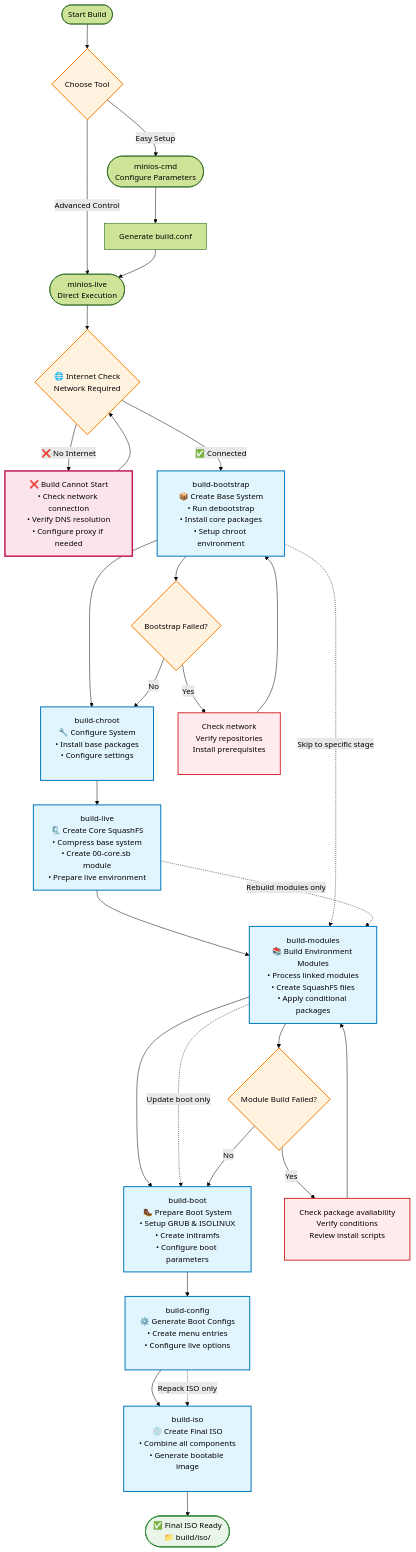
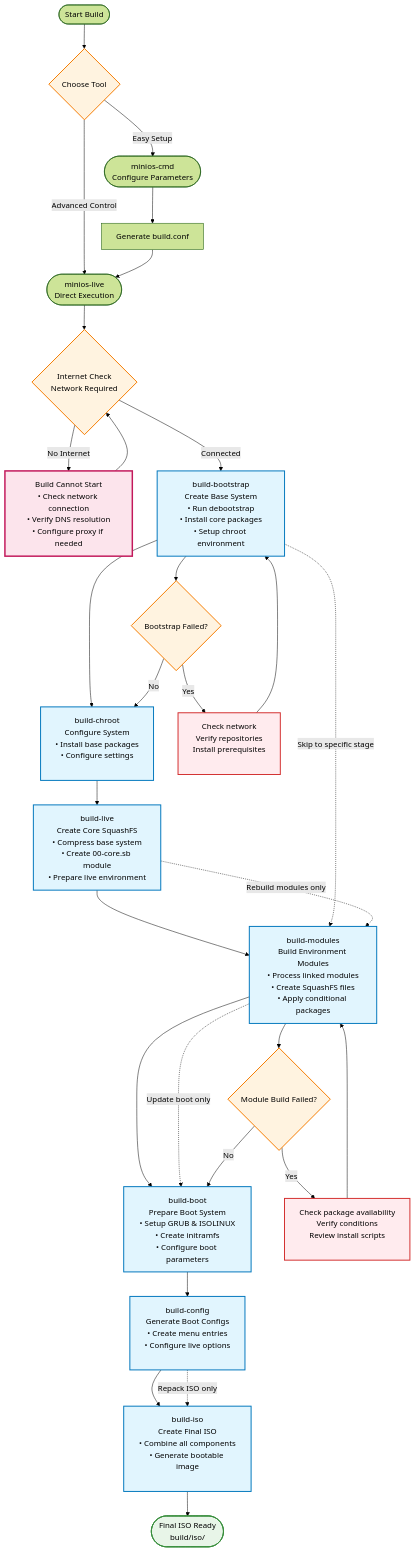
The diagram in development/Building-MiniOS.md (minios-linux/docs), drawn with Mermaid (forest theme) before and after one commit. The commit also changed other lines of this file and 408 other files, not shown here.

````diff
--- a/development/Building-MiniOS.md
+++ b/development/Building-MiniOS.md
@@ -120,62 +110,62 @@
 ```mermaid
 flowchart TD
     Start([Start Build]) --> Choice{Choose Tool}
 
     Choice -->|Easy Setup| A([minios-cmd<br/>Configure Parameters])
     Choice -->|Advanced Control| B([minios-live<br/>Direct Execution])
 
     A --> A1[Generate build.conf]
     A1 --> B
 
-    B --> PreCheck{🌐 Internet Check<br/>Network Required}
-    PreCheck -->|❌ No Internet| NetworkFail[❌ Build Cannot Start<br/>• Check network connection<br/>• Verify DNS resolution<br/>• Configure proxy if needed]
-    PreCheck -->|✅ Connected| C1
+    B --> PreCheck{Internet Check<br/>Network Required}
+    PreCheck -->|No Internet| NetworkFail[Build Cannot Start<br/>• Check network connection<br/>• Verify DNS resolution<br/>• Configure proxy if needed]
+    PreCheck -->|Connected| C1
 
     NetworkFail --> PreCheck
 
-    C1[build-bootstrap<br/>📦 Create Base System<br/>• Run debootstrap<br/>• Install core packages<br/>• Setup chroot environment]
+    C1[build-bootstrap<br/>Create Base System<br/>• Run debootstrap<br/>• Install core packages<br/>• Setup chroot environment]
 
-    C1 --> C2[build-chroot<br/>🔧 Configure System<br/>• Install base packages<br/>• Configure settings<br/><br/>]
+    C1 --> C2[build-chroot<br/>Configure System<br/>• Install base packages<br/>• Configure settings<br/><br/>]
 
-    C2 --> C3[build-live<br/>🗜️ Create Core SquashFS<br/>• Compress base system<br/>• Create 00-core.sb module<br/>• Prepare live environment]
+    C2 --> C3[build-live<br/>Create Core SquashFS<br/>• Compress base system<br/>• Create 00-core.sb module<br/>• Prepare live environment]
 
-    C3 --> C4[build-modules<br/>📚 Build Environment Modules<br/>• Process linked modules<br/>• Create SquashFS files<br/>• Apply conditional packages]
+    C3 --> C4[build-modules<br/>Build Environment Modules<br/>• Process linked modules<br/>• Create SquashFS files<br/>• Apply conditional packages]
 
-    C4 --> C5[build-boot<br/>🥾 Prepare Boot System<br/>• Setup GRUB & ISOLINUX<br/>• Create initramfs<br/>• Configure boot parameters]
+    C4 --> C5[build-boot<br/>Prepare Boot System<br/>• Setup GRUB & ISOLINUX<br/>• Create initramfs<br/>• Configure boot parameters]
 
-    C5 --> C6[build-config<br/>⚙️ Generate Boot Configs<br/>• Create menu entries<br/>• Configure live options<br/><br/>]
+    C5 --> C6[build-config<br/>Generate Boot Configs<br/>• Create menu entries<br/>• Configure live options<br/><br/>]
 
-    C6 --> C7[build-iso<br/>💿 Create Final ISO<br/>• Combine all components<br/>• Generate bootable image<br/><br/>]
+    C6 --> C7[build-iso<br/>Create Final ISO<br/>• Combine all components<br/>• Generate bootable image<br/><br/>]
 
-    C7 --> Success([✅ Final ISO Ready<br/>📁 build/iso/])
+    C7 --> Success([Final ISO Ready<br/>build/iso/])
 
     %% Alternative paths
     C1 -.->|Skip to specific stage| C4
     C3 -.->|Rebuild modules only| C4
     C4 -.->|Update boot only| C5
     C6 -.->|Repack ISO only| C7
 
     %% Error handling
     C1 --> Error1{Bootstrap Failed?}
     Error1 -->|Yes| Fix1[Check network<br/>Verify repositories<br/>Install prerequisites<br/><br/>]
     Error1 -->|No| C2
     Fix1 --> C1
 
     C4 --> Error2{Module Build Failed?}
     Error2 -->|Yes| Fix2[Check package availability<br/>Verify conditions<br/>Review install scripts<br/><br/>]
     Error2 -->|No| C5
     Fix2 --> C4
 
     %% Styling
     classDef processBox fill:#e1f5fe,stroke:#0277bd,stroke-width:2px
     classDef choiceBox fill:#fff3e0,stroke:#f57c00,stroke-width:2px
     classDef errorBox fill:#ffebee,stroke:#d32f2f,stroke-width:2px
     classDef successBox fill:#e8f5e8,stroke:#388e3c,stroke-width:2px
     classDef criticalBox fill:#fce4ec,stroke:#c2185b,stroke-width:3px
 
     class C1,C2,C3,C4,C5,C6,C7 processBox
     class Choice,PreCheck,Error1,Error2 choiceBox
     class Fix1,Fix2 errorBox
     class Success successBox
     class NetworkFail criticalBox
 ```
````
